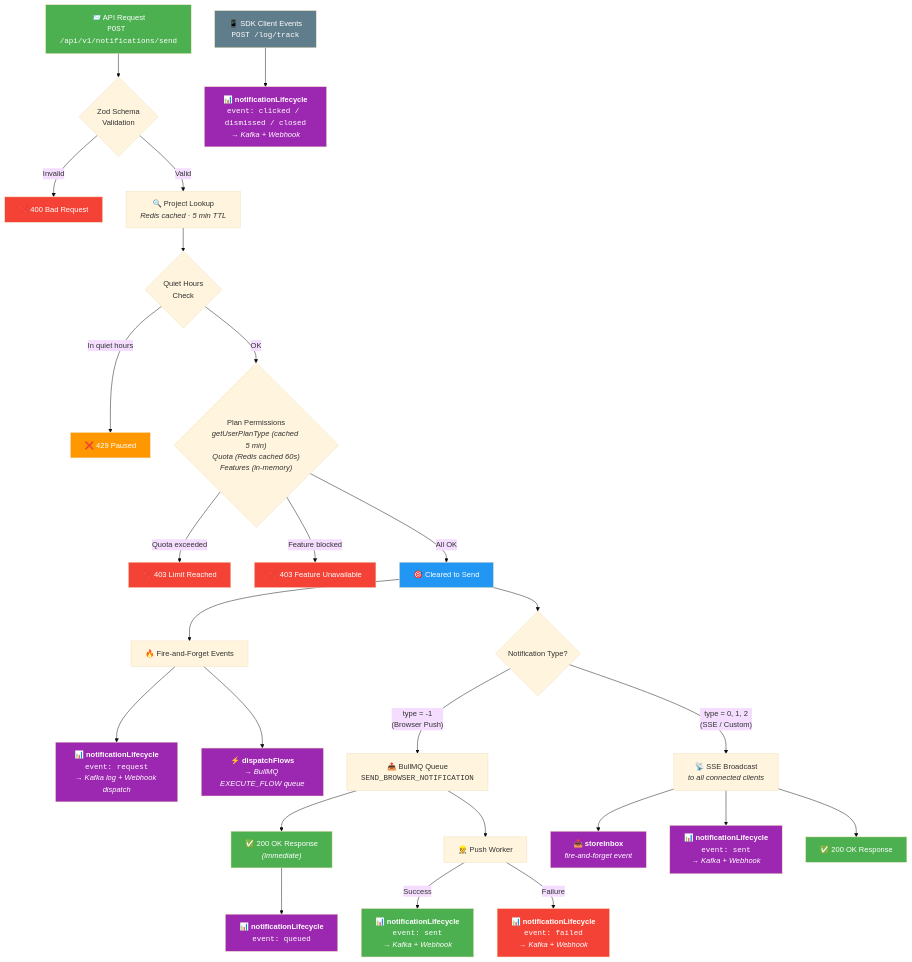
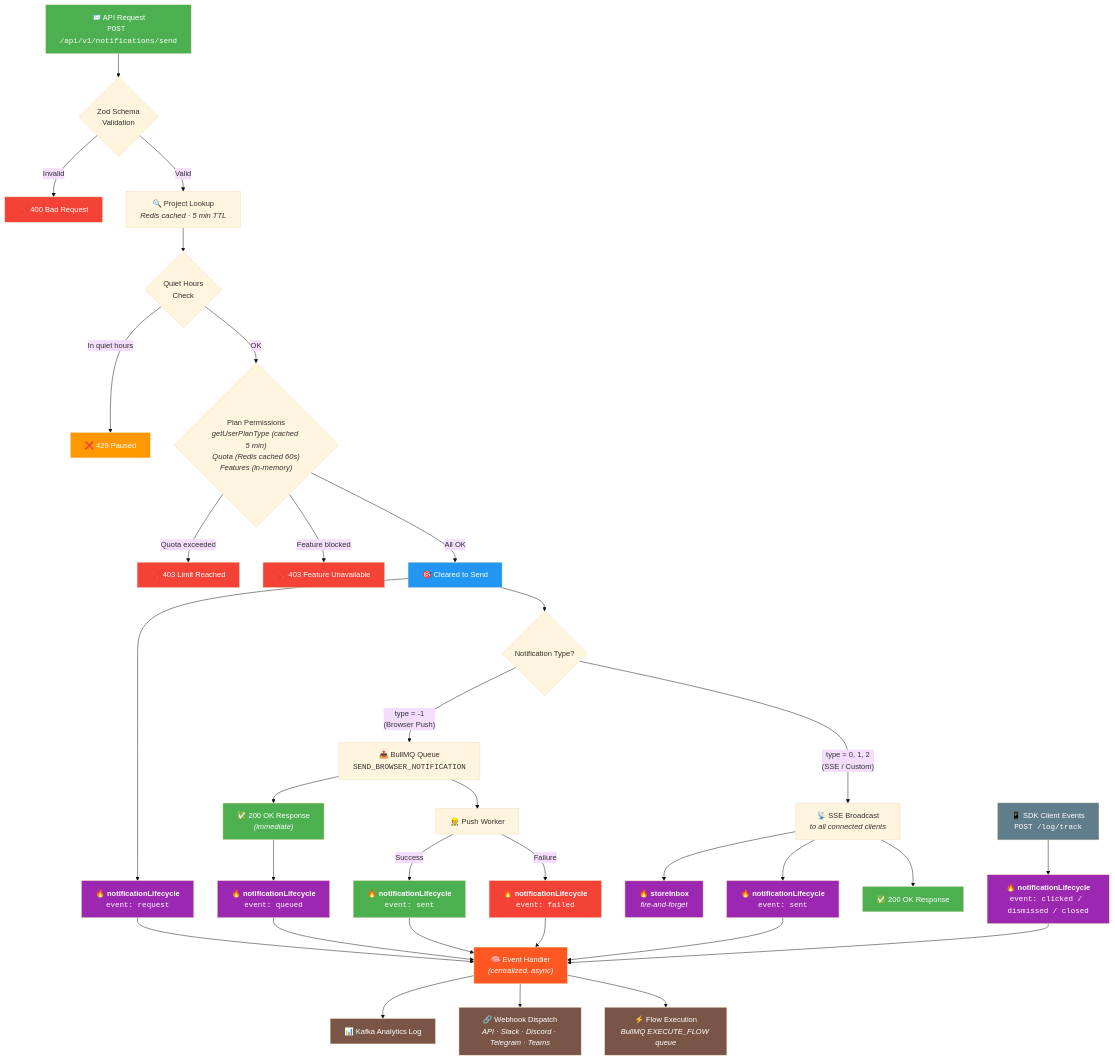
The diagram in pinglet-api/NOTIFICATION_FLOW.md (enjoys-in/pinglet), drawn with Mermaid (base theme) before and after one commit. The commit also changed other lines of this file and 4 other files, not shown here.

Commit message:
refactor: centralize flow dispatch in notificationLifecycle handler, fully event-driven

````diff
--- a/pinglet-api/NOTIFICATION_FLOW.md
+++ b/pinglet-api/NOTIFICATION_FLOW.md
@@ -3,53 +12,64 @@
 ```mermaid
 flowchart TD
     A["📨 API Request<br/><code>POST /api/v1/notifications/send</code>"] --> B{"Zod Schema<br/>Validation"}
     B -->|Invalid| B1["❌ 400 Bad Request"]
     B -->|Valid| C["🔍 Project Lookup<br/><i>Redis cached · 5 min TTL</i>"]
 
     C --> D{"Quiet Hours<br/>Check"}
     D -->|In quiet hours| D1["❌ 429 Paused"]
     D -->|OK| E{"Plan Permissions<br/><i>getUserPlanType (cached 5 min)<br/>Quota (Redis cached 60s)<br/>Features (in-memory)</i>"}
 
     E -->|Quota exceeded| E1["❌ 403 Limit Reached"]
     E -->|Feature blocked| E2["❌ 403 Feature Unavailable"]
     E -->|All OK| F["🎯 Cleared to Send"]
 
-    F --> G["🔥 Fire-and-Forget Events"]
-    G --> G1["📊 <b>notificationLifecycle</b><br/><code>event: request</code><br/><i>→ Kafka log + Webhook dispatch</i>"]
-    G --> G2["⚡ <b>dispatchFlows</b><br/><i>→ BullMQ EXECUTE_FLOW queue</i>"]
+    F --> G["🔥 <b>notificationLifecycle</b><br/><code>event: request</code>"]
+    G --> EH["🧠 Event Handler<br/><i>(centralized, async)</i>"]
 
     F --> H{"Notification Type?"}
 
     H -->|"type = -1<br/>(Browser Push)"| I["📤 BullMQ Queue<br/><code>SEND_BROWSER_NOTIFICATION</code>"]
     I --> I1["✅ 200 OK Response<br/><i>(immediate)</i>"]
-    I1 --> I2["📊 <b>notificationLifecycle</b><br/><code>event: queued</code>"]
+    I1 --> I2["🔥 <b>notificationLifecycle</b><br/><code>event: queued</code>"]
+    I2 --> EH
 
     I --> J["👷 Push Worker"]
-    J -->|Success| K["📊 <b>notificationLifecycle</b><br/><code>event: sent</code><br/><i>→ Kafka + Webhook</i>"]
-    J -->|Failure| L["📊 <b>notificationLifecycle</b><br/><code>event: failed</code><br/><i>→ Kafka + Webhook</i>"]
+    J -->|Success| K["🔥 <b>notificationLifecycle</b><br/><code>event: sent</code>"]
+    K --> EH
+    J -->|Failure| L["🔥 <b>notificationLifecycle</b><br/><code>event: failed</code>"]
+    L --> EH
 
     H -->|"type = 0, 1, 2<br/>(SSE / Custom)"| M["📡 SSE Broadcast<br/><i>to all connected clients</i>"]
-    M --> N["📥 <b>storeInbox</b><br/><i>fire-and-forget event</i>"]
-    M --> O["📊 <b>notificationLifecycle</b><br/><code>event: sent</code><br/><i>→ Kafka + Webhook</i>"]
+    M --> N["🔥 <b>storeInbox</b><br/><i>fire-and-forget</i>"]
+    M --> O["🔥 <b>notificationLifecycle</b><br/><code>event: sent</code>"]
+    O --> EH
     M --> P["✅ 200 OK Response"]
 
-    Q["📱 SDK Client Events<br/><code>POST /log/track</code>"] --> R["📊 <b>notificationLifecycle</b><br/><code>event: clicked / dismissed / closed</code><br/><i>→ Kafka + Webhook</i>"]
+    Q["📱 SDK Client Events<br/><code>POST /log/track</code>"] --> R["🔥 <b>notificationLifecycle</b><br/><code>event: clicked / dismissed / closed</code>"]
+    R --> EH
+
+    EH --> EH1["📊 Kafka Analytics Log"]
+    EH --> EH2["🔗 Webhook Dispatch<br/><i>API · Slack · Discord · Telegram · Teams</i>"]
+    EH --> EH3["⚡ Flow Execution<br/><i>BullMQ EXECUTE_FLOW queue</i>"]
 
     style A fill:#4CAF50,color:#fff
     style B1 fill:#f44336,color:#fff
     style D1 fill:#FF9800,color:#fff
     style E1 fill:#f44336,color:#fff
     style E2 fill:#f44336,color:#fff
     style F fill:#2196F3,color:#fff
     style I1 fill:#4CAF50,color:#fff
     style P fill:#4CAF50,color:#fff
     style K fill:#4CAF50,color:#fff
     style L fill:#f44336,color:#fff
-    style G1 fill:#9C27B0,color:#fff
-    style G2 fill:#9C27B0,color:#fff
+    style G fill:#9C27B0,color:#fff
     style I2 fill:#9C27B0,color:#fff
     style N fill:#9C27B0,color:#fff
     style O fill:#9C27B0,color:#fff
     style R fill:#9C27B0,color:#fff
     style Q fill:#607D8B,color:#fff
+    style EH fill:#FF5722,color:#fff
+    style EH1 fill:#795548,color:#fff
+    style EH2 fill:#795548,color:#fff
+    style EH3 fill:#795548,color:#fff
 ```
````
